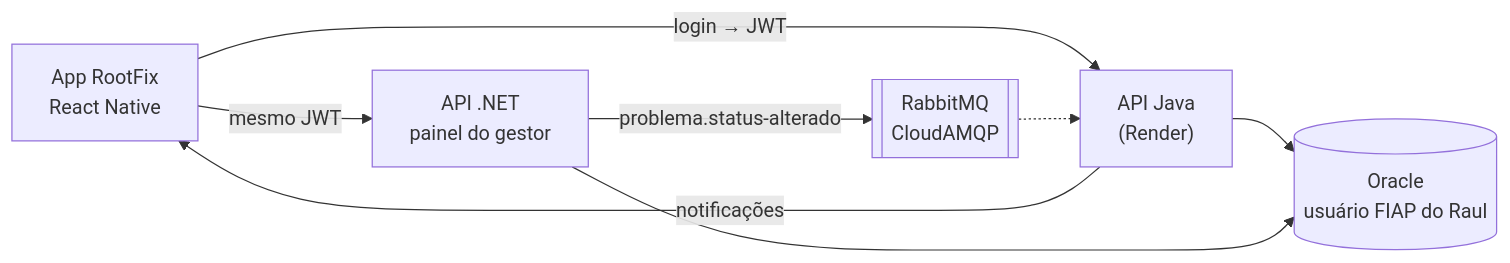
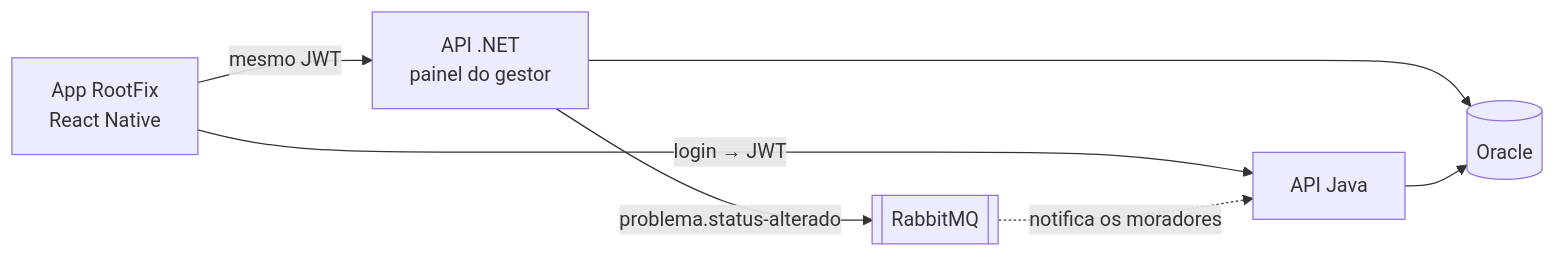
One commit to ryanvetoriano/RootFix changed the first of 2 diagrams in README.md. Above: the diagram before and after it, drawn with Mermaid. The commit also changed other lines of this file, not shown here.

Commit message:
docs: README focado na API .NET

````diff
--- a/README.md
+++ b/README.md
@@ -59,10 +59,9 @@
 ```mermaid
 flowchart LR
-  APP["App RootFix<br/>React Native"] -->|"login → JWT"| JAVA["API Java<br/>(Render)"]
+  APP["App RootFix<br/>React Native"] -->|"login → JWT"| JAVA["API Java"]
   APP -->|"mesmo JWT"| NET["API .NET<br/>painel do gestor"]
-  JAVA --> ORA[("Oracle<br/>usuário FIAP do Raul")]
-  NET --> ORA
-  NET -->|"problema.status-alterado"| MQ[["RabbitMQ<br/>CloudAMQP"]]
-  MQ -.-> JAVA
-  JAVA -->|"notificações"| APP
+  NET --> ORA[("Oracle")]
+  JAVA --> ORA
+  NET -->|"problema.status-alterado"| MQ[["RabbitMQ"]]
+  MQ -.->|"notifica os moradores"| JAVA
 ```
````
